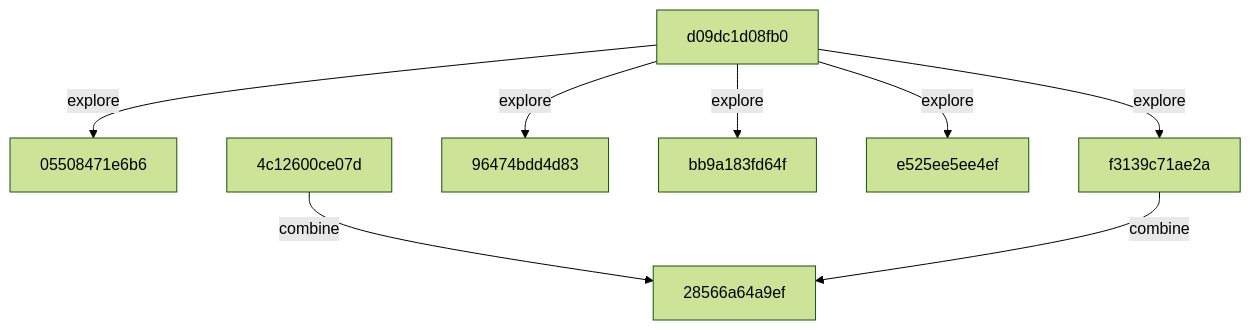
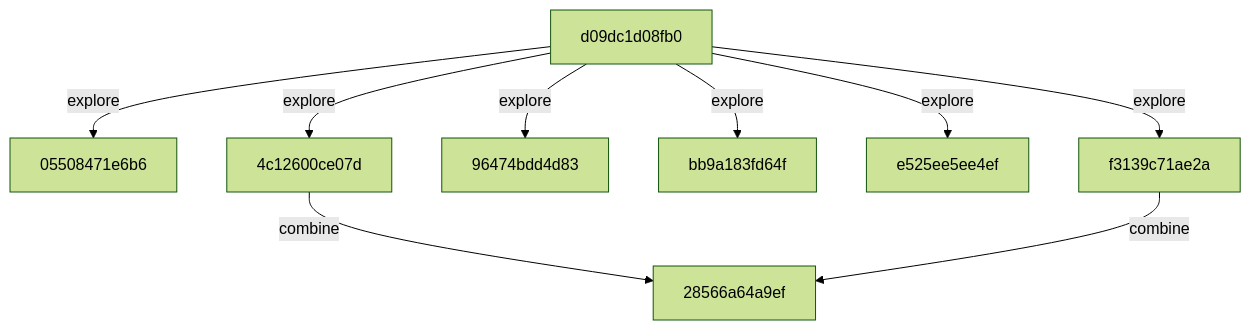
Before and after one commit to timbtz/feyer-search-lab: the diagram in README.md, drawn with Mermaid (forest theme). The commit also changed other lines of this file and 1 other file, not shown here.

````diff
--- a/README.md
+++ b/README.md
@@ -23,18 +23,19 @@
 ```mermaid
 graph TD
   c0["05508471e6b6"]
   c1["28566a64a9ef"]
   c2["4c12600ce07d"]
   c3["96474bdd4d83"]
   c4["bb9a183fd64f"]
   c5["d09dc1d08fb0"]
   c6["e525ee5ee4ef"]
   c7["f3139c71ae2a"]
   c2 -->|combine| c1
   c5 -->|explore| c0
+  c5 -->|explore| c2
   c5 -->|explore| c3
   c5 -->|explore| c4
   c5 -->|explore| c6
   c5 -->|explore| c7
   c7 -->|combine| c1
 ```
````
